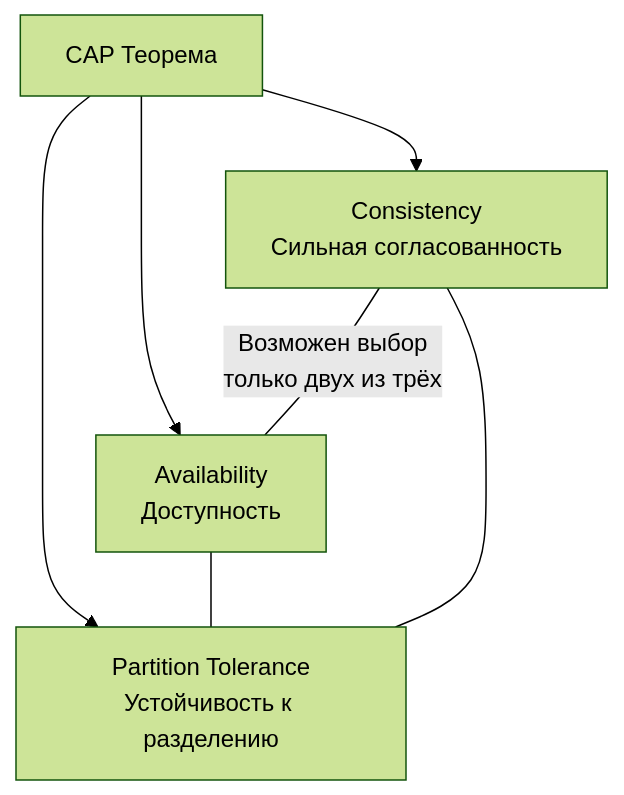
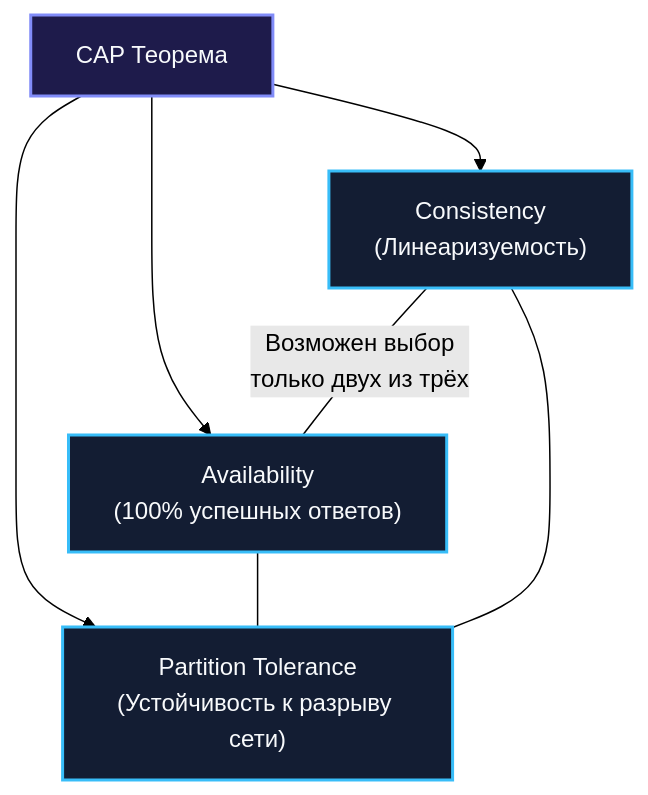
Before and after one commit to UnrealTemplier/go-textbook: the first of 3 diagrams in sources/11. Архитектура и System Design/30. CAP теорема и реальные компромиссы.md, drawn with Mermaid (forest theme). The commit also changed other lines of this file, not shown here.

````diff
--- a/sources/11. Архитектура и System Design/30. CAP теорема и реальные компромиссы.md
+++ b/sources/11. Архитектура и System Design/30. CAP теорема и реальные компромиссы.md
@@ -14,15 +22,20 @@
 ```mermaid
 flowchart TD
     CAP["CAP Теорема"]
-    C["Consistency<br>Сильная согласованность"]
-    A["Availability<br>Доступность"]
-    P["Partition Tolerance<br>Устойчивость к разделению"]
+    C["Consistency<br>(Линеаризуемость)"]
+    A["Availability<br>(100% успешных ответов)"]
+    P["Partition Tolerance<br>(Устойчивость к разрыву сети)"]
 
     CAP --> C
     CAP --> A
     CAP --> P
 
     C ---|"Возможен выбор<br>только двух из трёх"| A
     A --- P
     P --- C
+
+    classDef main fill:#1e1b4b,stroke:#818cf8,stroke-width:2px,color:#f8fafc;
+    classDef prop fill:#131d33,stroke:#38bdf8,stroke-width:2px,color:#f8fafc;
+    class CAP main;
+    class C,A,P prop;
 ```
````
